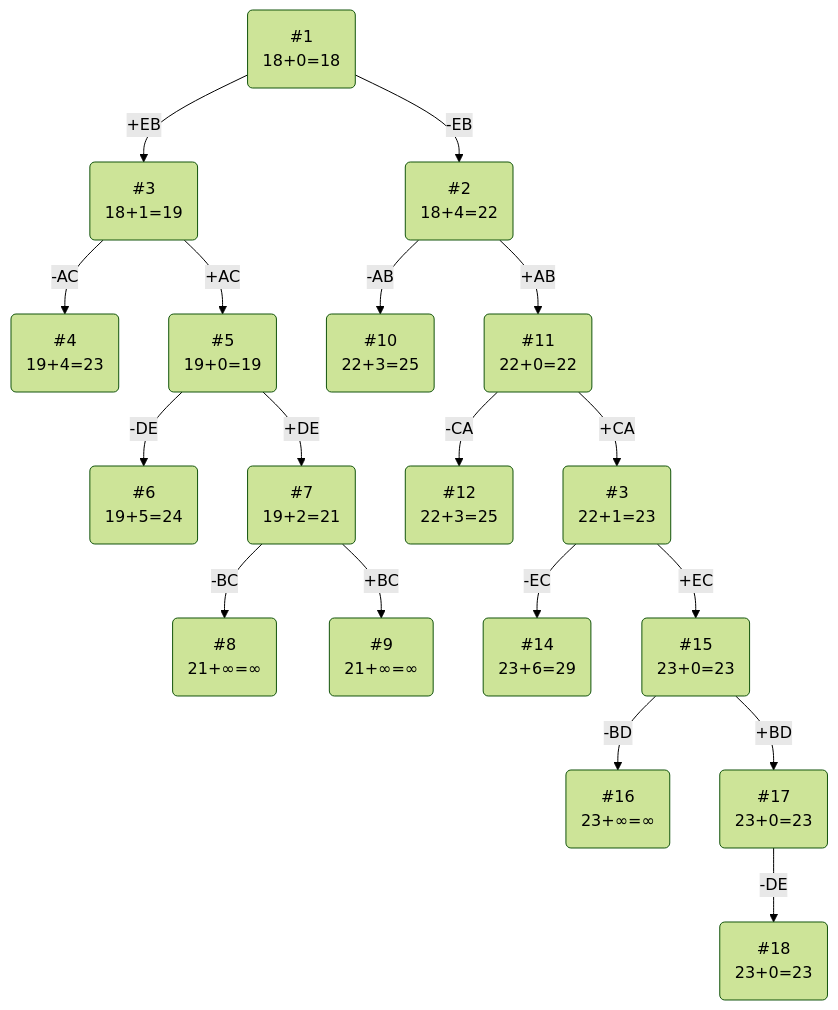
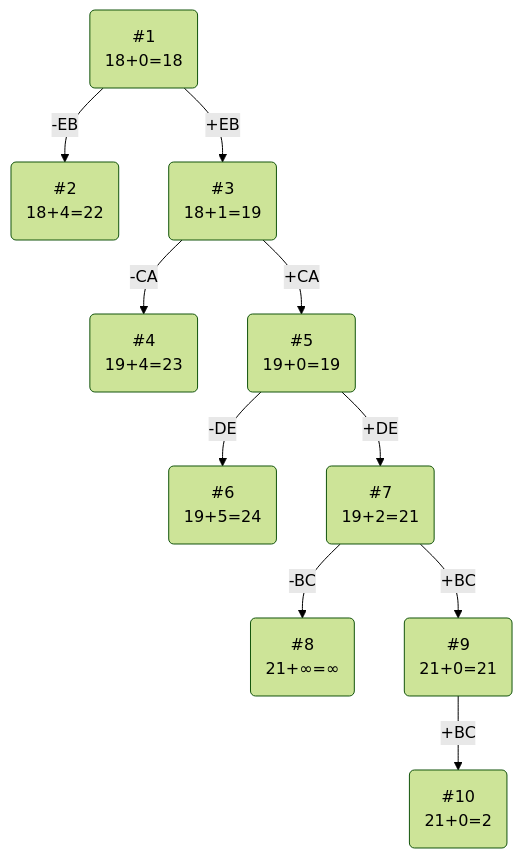
Before and after one commit to HSE-algo-23-crow/manual_tasks: the diagram in task_20/Mysterious_task_20.md, drawn with Mermaid (forest theme). The commit also changed other lines of this file, not shown here.

````diff
--- a/task_20/Mysterious_task_20.md
+++ b/task_20/Mysterious_task_20.md
@@ -60,20 +60,13 @@
 ```mermaid
 graph TB
     1(#1\n18+0=18)-->|+EB|3(#3\n18+1=19)
     1-->|-EB|2(#2\n18+4=22)
-    3-->|-AC|4(#4\n19+4=23)
-    3-->|+AC|5(#5\n19+0=19)
-    2-->|-AB|10(#10\n22+3=25)
-    2-->|+AB|11(#11\n22+0=22)
+    3-->|-CA|4(#4\n19+4=23)
+    3-->|+CA|5(#5\n19+0=19)
     5-->|+DE|7(#7\n19+2=21)
     5-->|-DE|6(#6\n19+5=24)
-    7-->|+BC|9(#9\n21+∞=∞)
+    7-->|+BC|9(#9\n21+0=21)
     7-->|-BC|8(#8\n21+∞=∞)
-    11-->|+CA|13(#3\n22+1=23)
-    11-->|-CA|12(#12\n22+3=25)
-    13-->|+EC|15(#15\n23+0=23)
-    13-->|-EC|14(#14\n23+6=29)
-    15-->|+BD|17(#17\n23+0=23)
-    15-->|-BD|16(#16\n23+∞=∞)
-    17-->|-DE|18(#18\n23+0=23)
+    9-->|+BC|10(#10\n21+0=2)
+    
 ```
````
